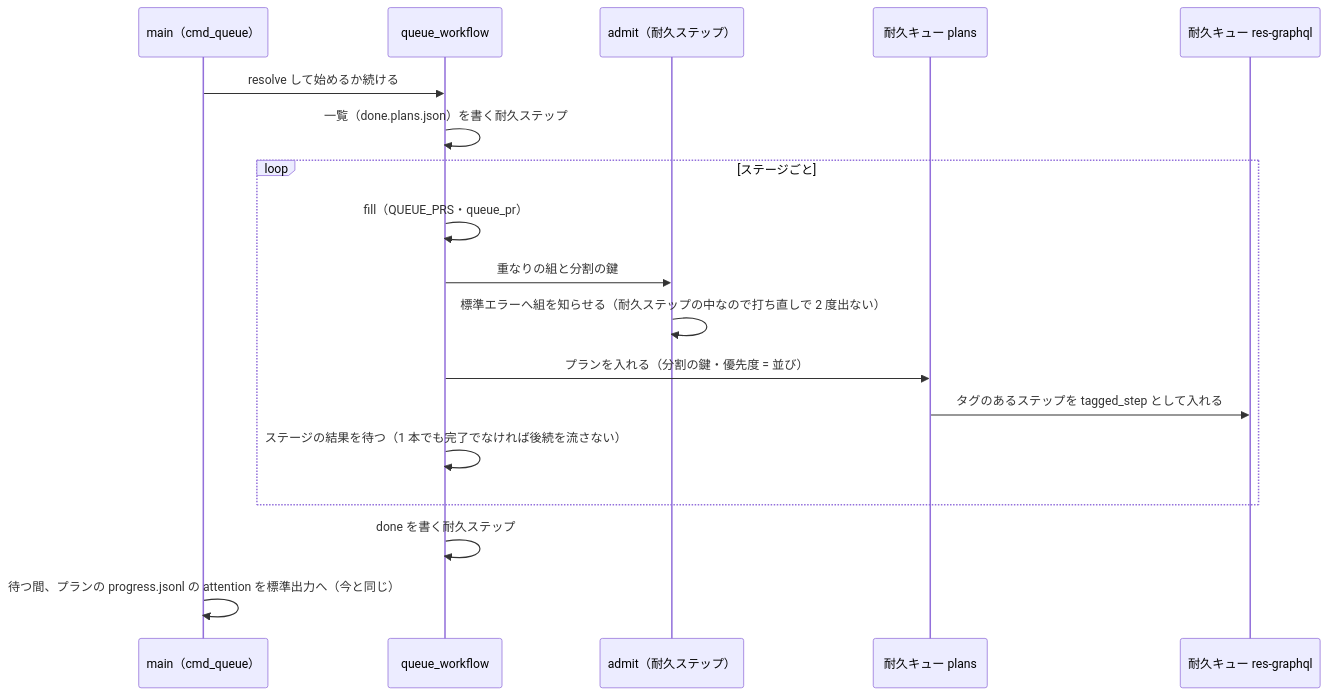
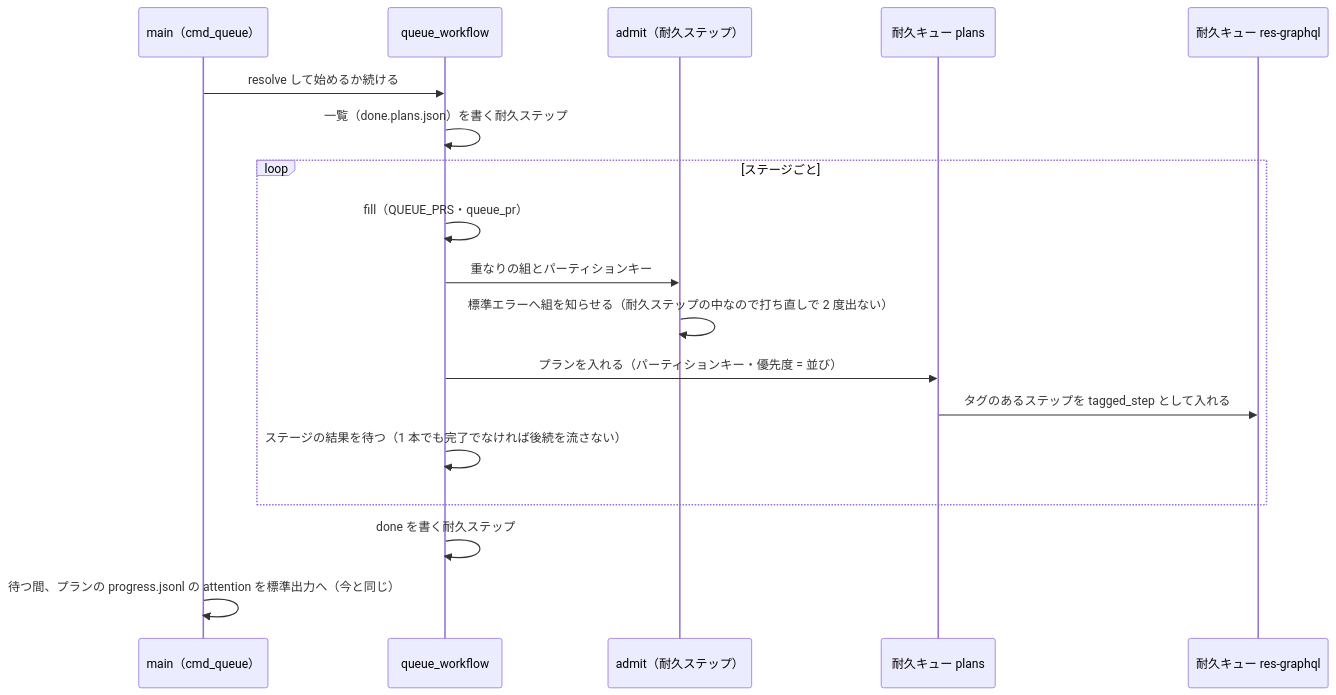
The fifth of 7 diagrams in issues/issue-1142-design-dbos.md (devbasex/ai-plugins), drawn with Mermaid before and after one commit. The commit also changed other lines of this file and 9 other files, not shown here.

First line of the commit message:
Docs: #1142 の文書を組み直し、語を用語集と業界の語へ直す（頭・要求・smells・data・scripted-flow・dbos・libraries）

````diff
--- a/issues/issue-1142-design-dbos.md
+++ b/issues/issue-1142-design-dbos.md
@@ -493,20 +516,20 @@
 ```mermaid
 sequenceDiagram
     participant M as main（cmd_queue）
     participant Q as queue_workflow
     participant A as admit（耐久ステップ）
     participant P as 耐久キュー plans
     participant R as 耐久キュー res-graphql
     M->>Q: resolve して始めるか続ける
     Q->>Q: 一覧（done.plans.json）を書く耐久ステップ
     loop ステージごと
         Q->>Q: fill（QUEUE_PRS・queue_pr）
-        Q->>A: 重なりの組と分割の鍵
+        Q->>A: 重なりの組とパーティションキー
         A->>A: 標準エラーへ組を知らせる（耐久ステップの中なので打ち直しで 2 度出ない）
-        Q->>P: プランを入れる（分割の鍵・優先度 = 並び）
+        Q->>P: プランを入れる（パーティションキー・優先度 = 並び）
         P->>R: タグのあるステップを tagged_step として入れる
         Q->>Q: ステージの結果を待つ（1 本でも完了でなければ後続を流さない）
     end
     Q->>Q: done を書く耐久ステップ
     M->>M: 待つ間、プランの progress.jsonl の attention を標準出力へ（今と同じ）
 ```
````
